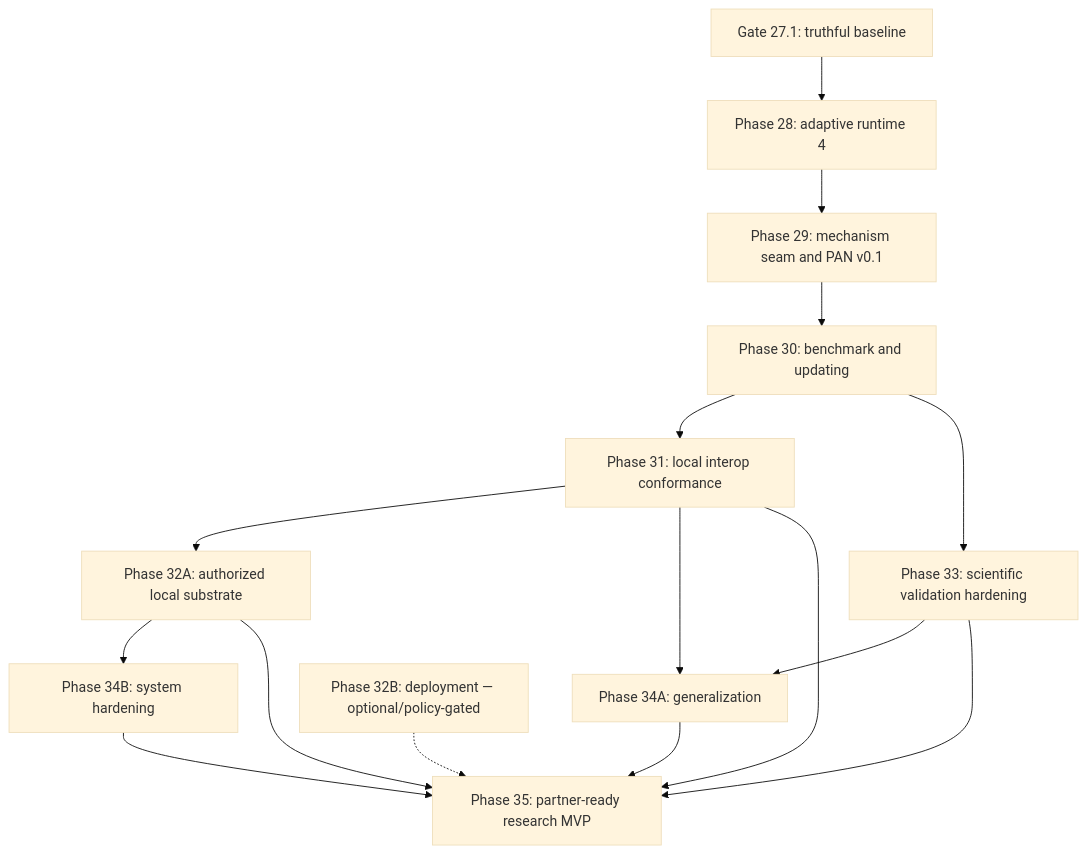
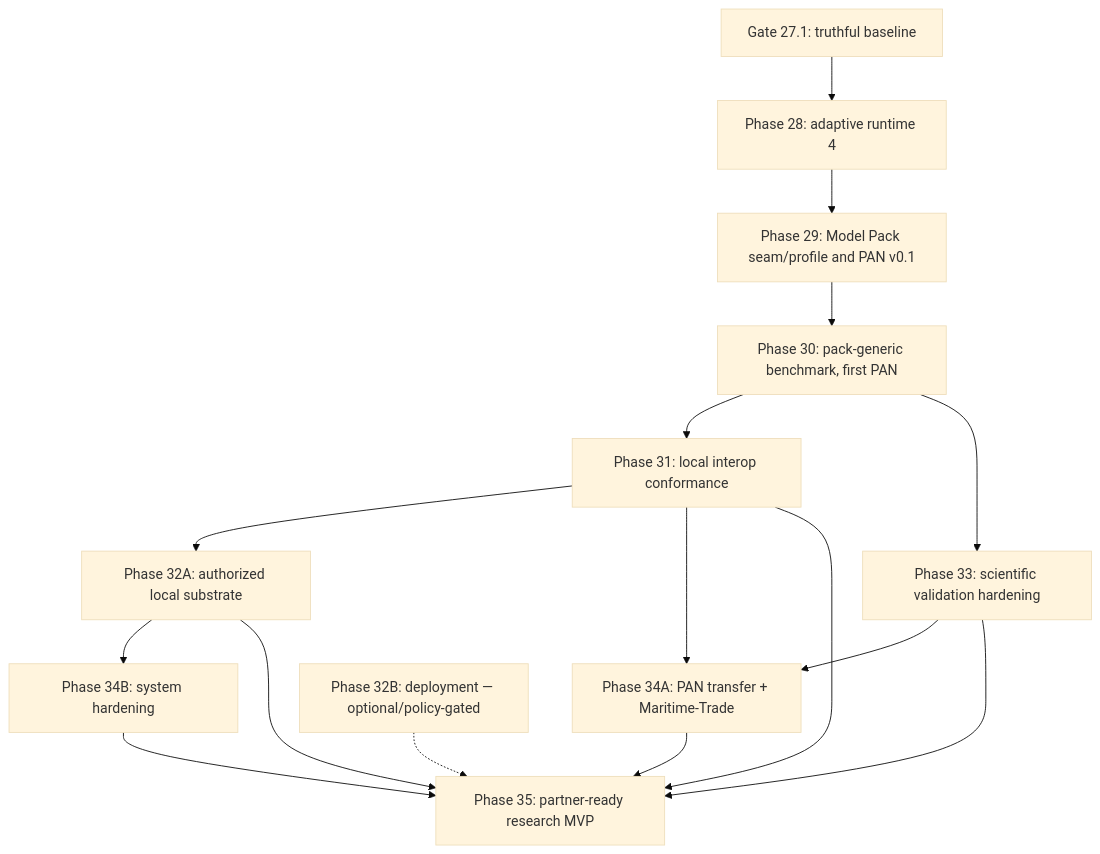
One commit to Encomm-Tensor-Intelligence/Encomm_Kalhas changed the diagram in KALHAS_STRATEGIC_HANDOFF_PHASES_28_35.md. Above: the diagram before and after it, drawn with Mermaid (base theme). The commit also changed other lines of this file and 105 other files, not shown here.

````diff
--- a/KALHAS_STRATEGIC_HANDOFF_PHASES_28_35.md
+++ b/KALHAS_STRATEGIC_HANDOFF_PHASES_28_35.md
@@ -546,18 +764,18 @@
 ```mermaid
 flowchart TD
     G["Gate 27.1: truthful baseline"] --> P28["Phase 28: adaptive runtime 4"]
-    P28 --> P29["Phase 29: mechanism seam and PAN v0.1"]
-    P29 --> P30["Phase 30: benchmark and updating"]
+    P28 --> P29["Phase 29: Model Pack seam/profile and PAN v0.1"]
+    P29 --> P30["Phase 30: pack-generic benchmark, first PAN"]
     P30 --> P31["Phase 31: local interop conformance"]
     P30 --> P33["Phase 33: scientific validation hardening"]
     P31 --> P32A["Phase 32A: authorized local substrate"]
-    P33 --> P34A["Phase 34A: generalization"]
+    P33 --> P34A["Phase 34A: PAN transfer + Maritime-Trade"]
     P31 --> P34A
     P32A --> P34B["Phase 34B: system hardening"]
     P34A --> P35["Phase 35: partner-ready research MVP"]
     P34B --> P35
     P31 --> P35
     P32A --> P35
     P33 --> P35
     P32B["Phase 32B: deployment — optional/policy-gated"] -.-> P35
 ```
````
